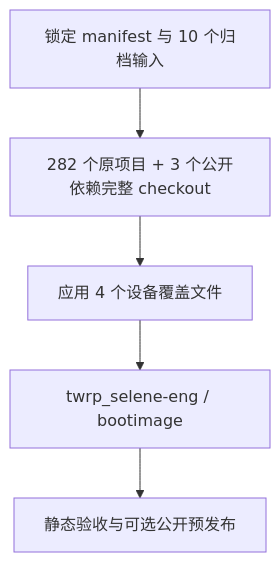
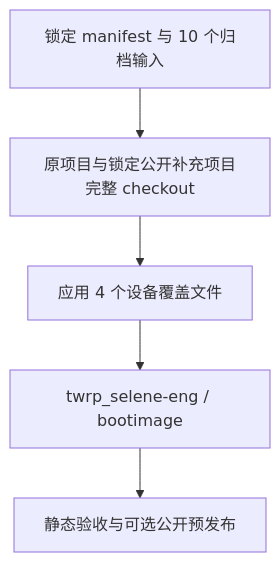
One commit to Grinch27/twrp_builder changed the diagram in README.md. Above: the diagram before and after it, drawn with Mermaid. The commit also changed other lines of this file and 4 other files, not shown here.

````diff
--- a/README.md
+++ b/README.md
@@ -9,7 +9,7 @@
 ```mermaid
 flowchart TD
-  A["锁定 manifest 与 10 个归档输入"] --> B["282 个原项目 + 3 个公开依赖完整 checkout"]
+  A["锁定 manifest 与 10 个归档输入"] --> B["原项目与锁定公开补充项目完整 checkout"]
   B --> C["应用 4 个设备覆盖文件"]
   C --> D["twrp_selene-eng / bootimage"]
   D --> E["静态验收与可选公开预发布"]
 ```
````
